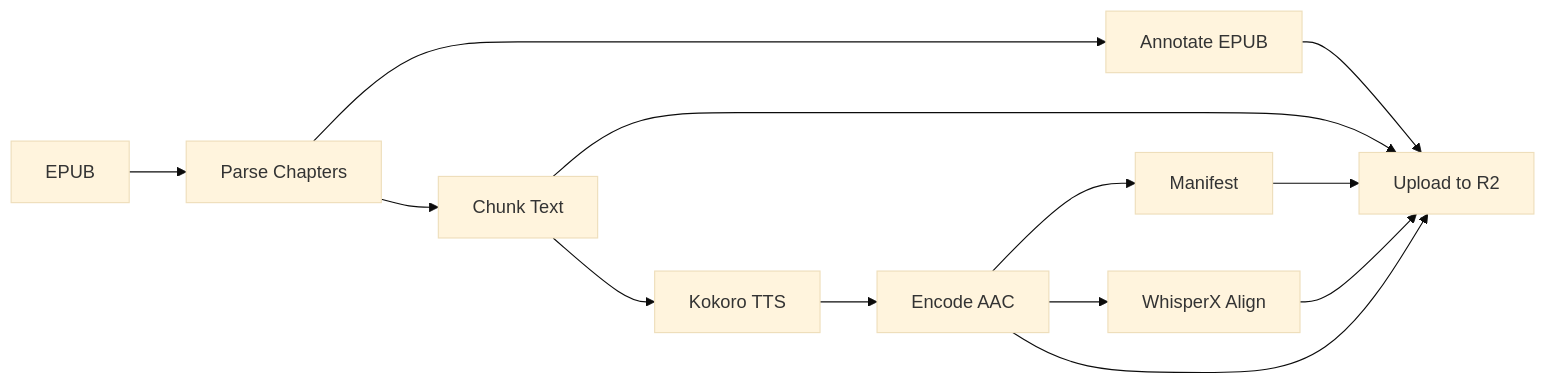
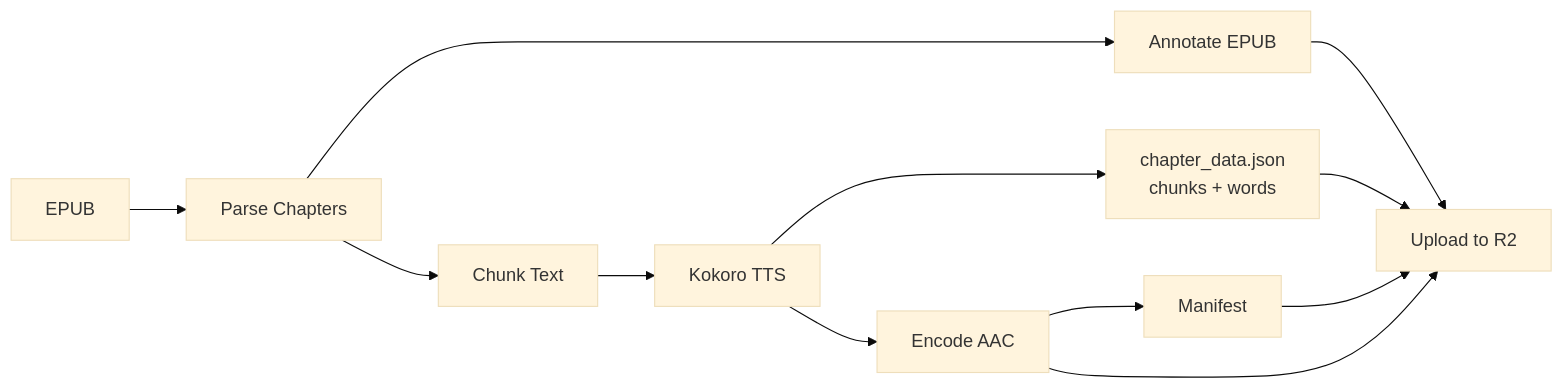
The diagram in README.md (jkoeh/openshelf), drawn with Mermaid (base theme) before and after one commit. The commit also changed other lines of this file and 18 other files, not shown here.

````diff
--- a/README.md
+++ b/README.md
@@ -7,15 +7,14 @@
 ```mermaid
 graph LR
     A[EPUB] --> B[Parse Chapters]
     B --> C[Annotate EPUB]
     B --> D[Chunk Text]
     D --> E[Kokoro TTS]
     E --> F[Encode AAC]
-    F --> G[Manifest]
-    F --> H[WhisperX Align]
+    E --> G[chapter_data.json<br/>chunks + words]
+    F --> H[Manifest]
     C --> I[Upload to R2]
-    D --> I
     G --> I
     H --> I
     F --> I
 ```
````
